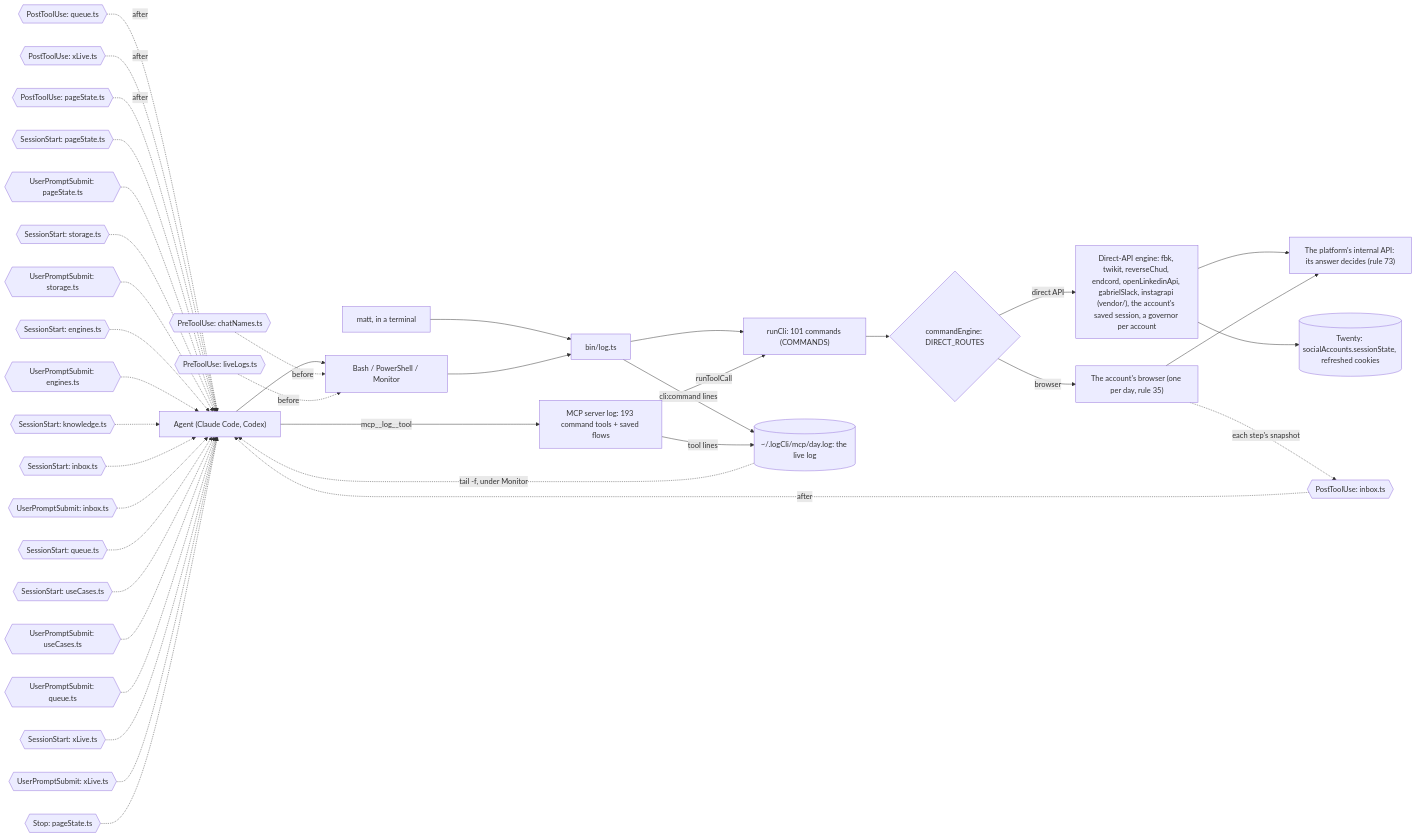
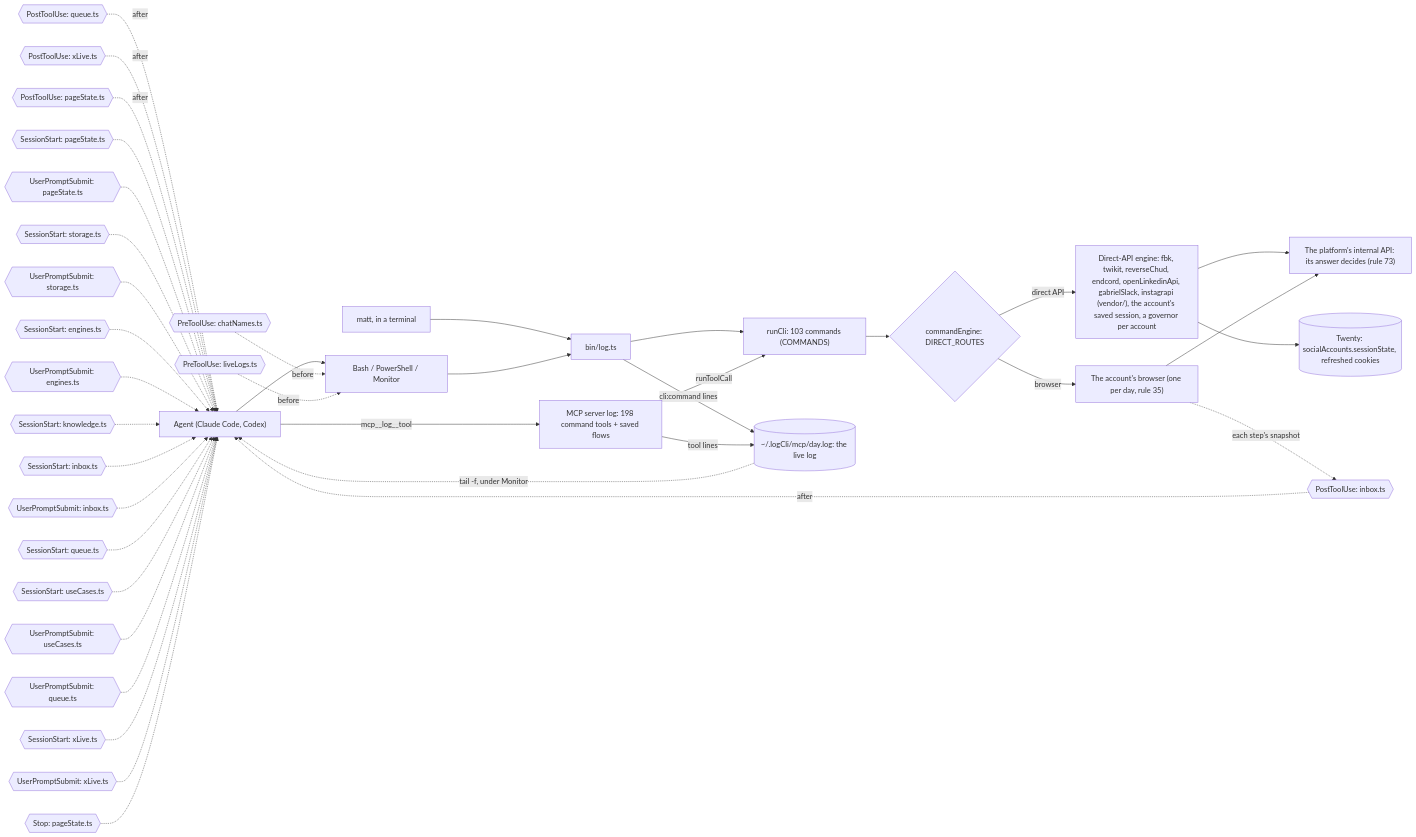
The third of 6 diagrams in docs/reference.md (matthewdonsemail-lab/log), drawn with Mermaid before and after one commit. The commit also changed other lines of this file and 48 other files, not shown here.

````diff
--- a/docs/reference.md
+++ b/docs/reference.md
@@ -191,53 +193,53 @@
 ```mermaid
 flowchart LR
   agent["Agent (Claude Code, Codex)"]
   matt["matt, in a terminal"]
   shell["Bash / PowerShell / Monitor"]
-  mcp["MCP server log: 193 command tools + saved flows"]
+  mcp["MCP server log: 198 command tools + saved flows"]
   bin["bin/log.ts"]
-  runCli["runCli: 101 commands (COMMANDS)"]
+  runCli["runCli: 103 commands (COMMANDS)"]
   live[("~/.logCli/mcp/day.log: the live log")]
   engine{"commandEngine: DIRECT_ROUTES"}
   direct["Direct-API engine: fbk, twikit, reverseChud, endcord, openLinkedinApi, gabrielSlack, instagrapi (vendor/), the account's saved session, a governor per account"]
   browser["The account's browser (one per day, rule 35)"]
   api["The platform's internal API: its answer decides (rule 73)"]
   twenty[("Twenty: socialAccounts.sessionState, refreshed cookies")]
   agent --> shell
   matt --> bin
   shell --> bin
   agent -->|mcp__log__tool| mcp
   bin --> runCli
   mcp -->|runToolCall| runCli
   runCli --> engine
   engine -->|direct API| direct
   engine -->|browser| browser
   direct --> api
   browser --> api
   direct --> twenty
   bin -->|cli:command lines| live
   mcp -->|tool lines| live
   live -.->|tail -f, under Monitor| agent
   pre0{{"PreToolUse: chatNames.ts"}} -.->|before| shell
   pre1{{"PreToolUse: liveLogs.ts"}} -.->|before| shell
   post0{{"PostToolUse: inbox.ts"}} -.->|after| agent
   post1{{"PostToolUse: queue.ts"}} -.->|after| agent
   post2{{"PostToolUse: xLive.ts"}} -.->|after| agent
   post3{{"PostToolUse: pageState.ts"}} -.->|after| agent
   turn0{{"SessionStart: pageState.ts"}} -.-> agent
   turn1{{"UserPromptSubmit: pageState.ts"}} -.-> agent
   turn2{{"SessionStart: storage.ts"}} -.-> agent
   turn3{{"UserPromptSubmit: storage.ts"}} -.-> agent
   turn4{{"SessionStart: engines.ts"}} -.-> agent
   turn5{{"UserPromptSubmit: engines.ts"}} -.-> agent
   turn6{{"SessionStart: knowledge.ts"}} -.-> agent
   turn7{{"SessionStart: inbox.ts"}} -.-> agent
   turn8{{"UserPromptSubmit: inbox.ts"}} -.-> agent
   turn9{{"SessionStart: queue.ts"}} -.-> agent
   turn10{{"SessionStart: useCases.ts"}} -.-> agent
   turn11{{"UserPromptSubmit: useCases.ts"}} -.-> agent
   turn12{{"UserPromptSubmit: queue.ts"}} -.-> agent
   turn13{{"SessionStart: xLive.ts"}} -.-> agent
   turn14{{"UserPromptSubmit: xLive.ts"}} -.-> agent
   turn15{{"Stop: pageState.ts"}} -.-> agent
   browser -.->|each step's snapshot| post0
 ```
````
